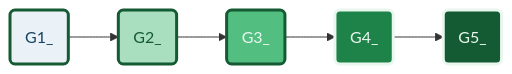
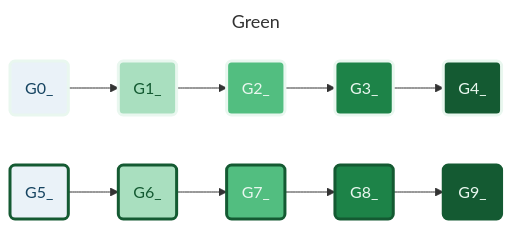
Before and after one commit to APrettyCoolProgram/aprettycoolprogram: the fourth of 10 diagrams in profile/mermaid/mermaid-colors.md, drawn with Mermaid. The commit also changed other lines of this file, not shown here.

````diff
--- a/profile/mermaid/mermaid-colors.md
+++ b/profile/mermaid/mermaid-colors.md
@@ -106,17 +140,31 @@
 ```mermaid
+---
+title: Green
+---
 flowchart LR
   %% Components
+  G0@{shape: rounded, label: "G0_"}
   G1@{shape: rounded, label: "G1_"}
   G2@{shape: rounded, label: "G2_"}
   G3@{shape: rounded, label: "G3_"}
   G4@{shape: rounded, label: "G4_"}
   G5@{shape: rounded, label: "G5_"}
+  G6@{shape: rounded, label: "G6_"}
+  G7@{shape: rounded, label: "G7_"}
+  G8@{shape: rounded, label: "G8_"}
+  G9@{shape: rounded, label: "G9_"}
   %% Layout
-  G1:::G1_ --> G2:::G2_ --> G3:::G3_ --> G4:::G4_ --> G5:::G5_ 
+  G0:::G0_ --> G1:::G1_ --> G2:::G2_ --> G3:::G3_ --> G4:::G4_
+  G5:::G5_ --> G6:::G6_ --> G7:::G7_ --> G8:::G8_ --> G9:::G9_ 
   %% Styles
-  classDef G1_ stroke:#145a32,stroke-width:3px,fill:#eaf2f8,color:#154360
-  classDef G2_ stroke:#145a32,stroke-width:3px,fill:#a9dfbf,color:#145a32
-  classDef G3_ stroke:#145a32,stroke-width:3px,fill:#52be80,color:#e9f7ef
-  classDef G4_ stroke:#e9f7ef,stroke-width:3px,fill:#1d8348,color:#e9f7ef
-  classDef G5_ stroke:#e9f7ef,stroke-width:3px,fill:#145a32,color:#e9f7ef
+  classDef G0_ stroke:#e9f7ef,stroke-width:3px,fill:#eaf2f8,color:#154360
+  classDef G1_ stroke:#e9f7ef,stroke-width:3px,fill:#a9dfbf,color:#145a32
+  classDef G2_ stroke:#e9f7ef,stroke-width:3px,fill:#52be80,color:#e9f7ef
+  classDef G3_ stroke:#e9f7ef,stroke-width:3px,fill:#1d8348,color:#e9f7ef
+  classDef G4_ stroke:#e9f7ef,stroke-width:3px,fill:#145a32,color:#e9f7ef
+  classDef G5_ stroke:#145a32,stroke-width:3px,fill:#eaf2f8,color:#154360
+  classDef G6_ stroke:#145a32,stroke-width:3px,fill:#a9dfbf,color:#145a32
+  classDef G7_ stroke:#145a32,stroke-width:3px,fill:#52be80,color:#e9f7ef
+  classDef G8_ stroke:#145a32,stroke-width:3px,fill:#1d8348,color:#e9f7ef
+  classDef G9_ stroke:#145a32,stroke-width:3px,fill:#145a32,color:#e9f7ef
 ```
````
